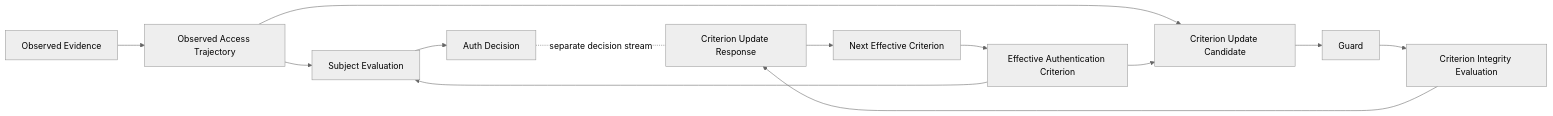
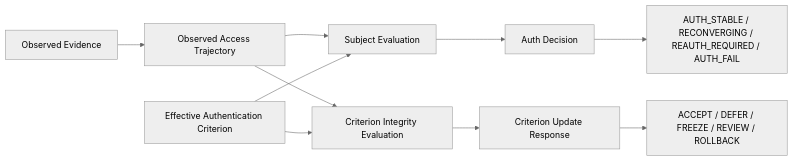
The first of 6 diagrams in docs/27_figures_and_captions.md (gitGyro-Dev/gyroauth), drawn with Mermaid (neutral theme) before and after one commit. The commit also changed other lines of this file, not shown here.

Commit message:
Align figure design documentation with publication order

````diff
--- a/docs/27_figures_and_captions.md
+++ b/docs/27_figures_and_captions.md
@@ -15,17 +36,12 @@
 ```mermaid
 flowchart LR
     E[Observed Evidence] --> T[Observed Access Trajectory]
-    T --> SE[Subject Evaluation]
-    SE --> AD[Auth Decision]
-
-    T --> UC[Criterion Update Candidate]
-    A[Effective Authentication Criterion] --> SE
-    A --> UC
-    UC --> G[Guard]
-    G --> CI[Criterion Integrity Evaluation]
-    CI --> CR[Criterion Update Response]
-    CR --> NT[Next Effective Criterion]
-    NT --> A
-
-    AD -. separate decision stream .- CR
+    T --> S[Subject Evaluation]
+    T --> C[Criterion Integrity Evaluation]
+    A[Effective Authentication Criterion] --> S
+    A --> C
+    S --> D1[Auth Decision]
+    C --> D2[Criterion Update Response]
+    D1 --> O1[AUTH_STABLE / RECONVERGING / REAUTH_REQUIRED / AUTH_FAIL]
+    D2 --> O2[ACCEPT / DEFER / FREEZE / REVIEW / ROLLBACK]
 ```
````
